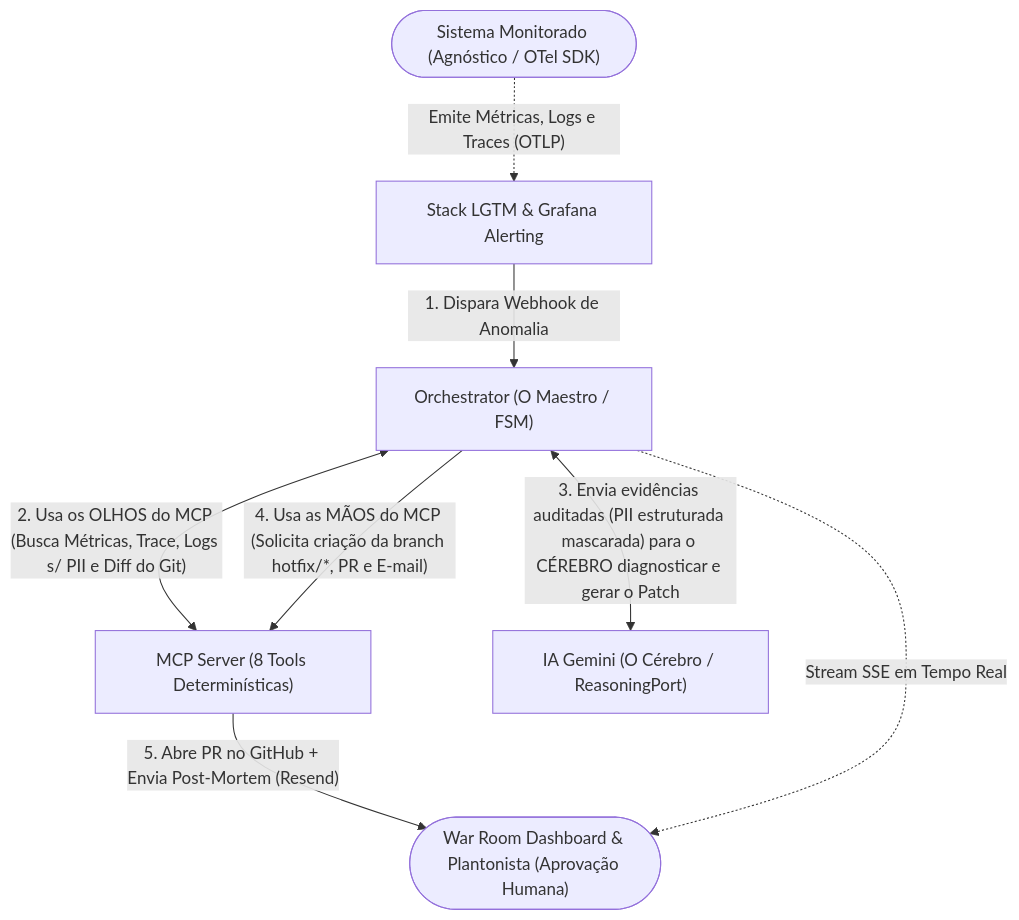
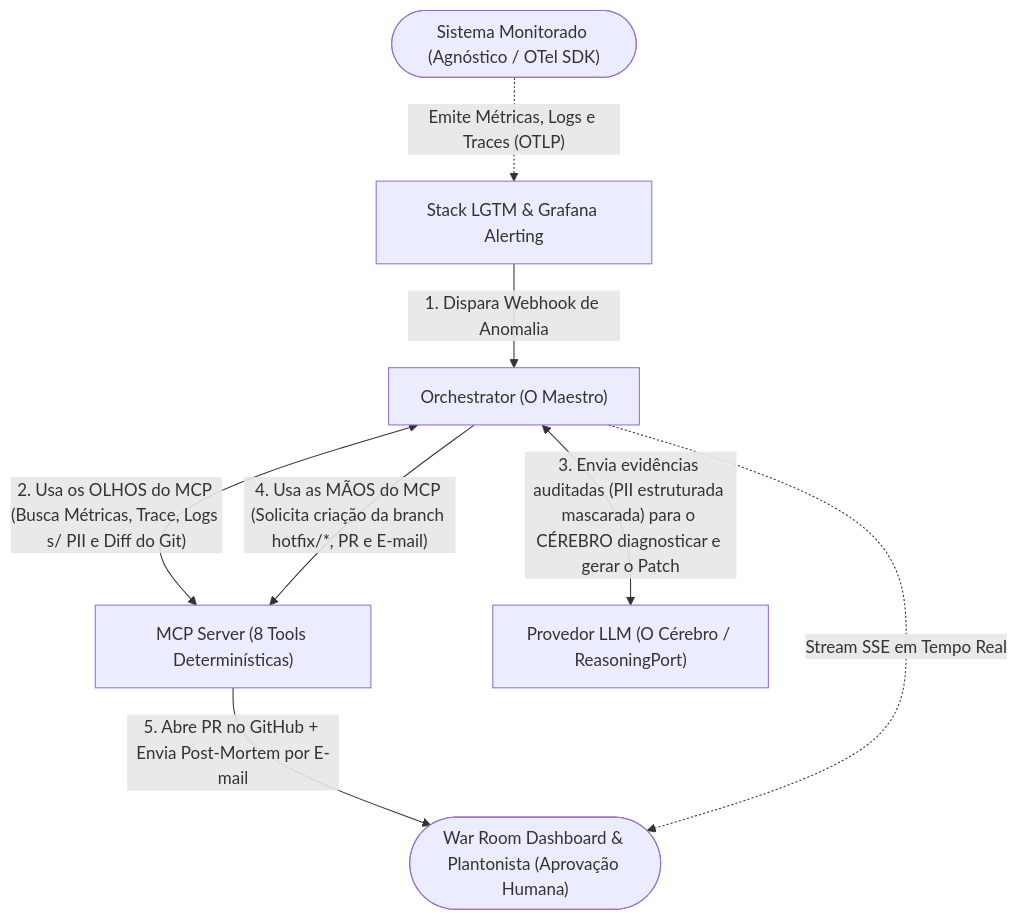
One commit to AdmilsonGoncalves/zeromttr changed the first of 5 diagrams in docs/pt-BR/00_architecture_master.md. Above: the diagram before and after it, drawn with Mermaid. The commit also changed other lines of this file and 75 other files, not shown here.

````diff
--- a/docs/pt-BR/00_architecture_master.md
+++ b/docs/pt-BR/00_architecture_master.md
@@ -60,10 +60,10 @@
 ```mermaid
 flowchart TD
     APP(["Sistema Monitorado (Agnóstico / OTel SDK)"]) -.->|"Emite Métricas, Logs e Traces (OTLP)"| GRAF["Stack LGTM & Grafana Alerting"]
-    GRAF -->|"1. Dispara Webhook de Anomalia"| ORCH["Orchestrator (O Maestro / FSM)"]
+    GRAF -->|"1. Dispara Webhook de Anomalia"| ORCH["Orchestrator (O Maestro)"]
     ORCH <-->|"2. Usa os OLHOS do MCP (Busca Métricas, Trace, Logs s/ PII e Diff do Git)"| MCP["MCP Server (8 Tools Determinísticas)"]
-    ORCH <-->|"3. Envia evidências auditadas (PII estruturada mascarada) para o CÉREBRO diagnosticar e gerar o Patch"| IA["IA Gemini (O Cérebro / ReasoningPort)"]
+    ORCH <-->|"3. Envia evidências auditadas (PII estruturada mascarada) para o CÉREBRO diagnosticar e gerar o Patch"| IA["Provedor LLM (O Cérebro / ReasoningPort)"]
     ORCH -->|"4. Usa as MÃOS do MCP (Solicita criação da branch hotfix/*, PR e E-mail)"| MCP
-    MCP -->|"5. Abre PR no GitHub + Envia Post-Mortem (Resend)"| GOV(["War Room Dashboard & Plantonista (Aprovação Humana)"])
+    MCP -->|"5. Abre PR no GitHub + Envia Post-Mortem por E-mail"| GOV(["War Room Dashboard & Plantonista (Aprovação Humana)"])
     ORCH -.->|"Stream SSE em Tempo Real"| GOV
 ```
````
